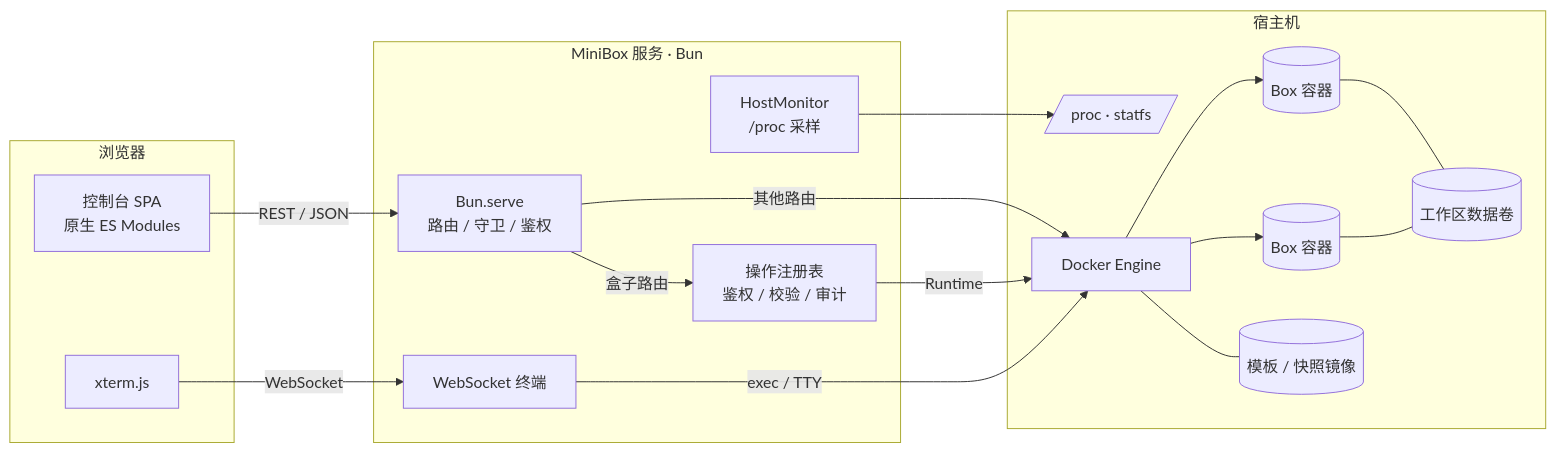
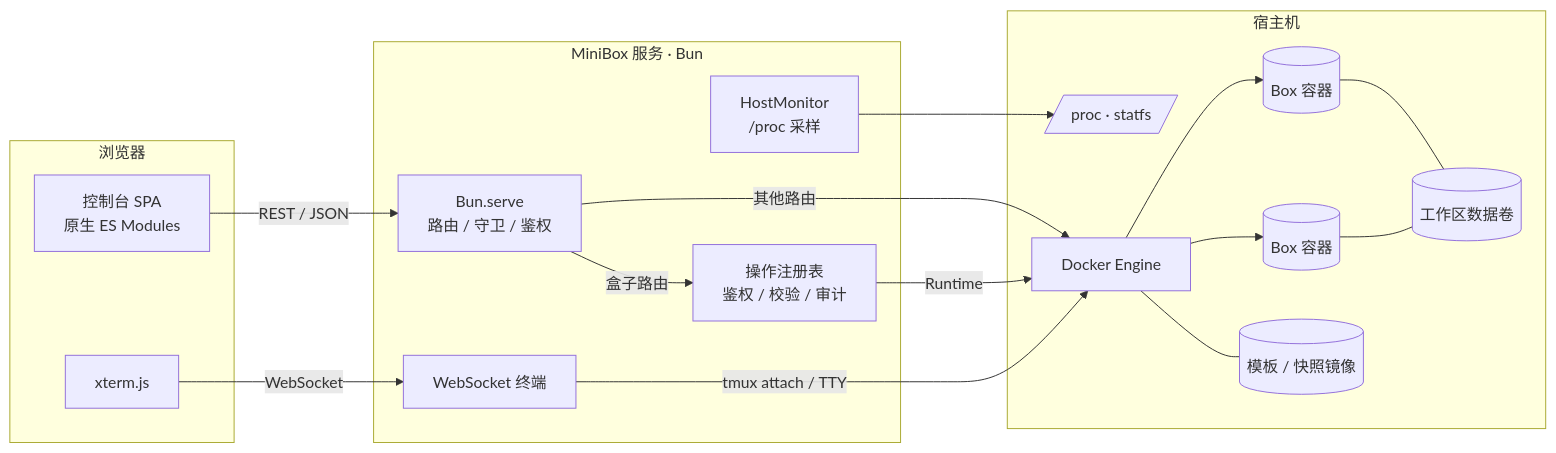
Before and after one commit to ArnoChenFx/minibox: the first of 2 diagrams in README-zh.md, drawn with Mermaid. The commit also changed other lines of this file and 55 other files, not shown here.

````diff
--- a/README-zh.md
+++ b/README-zh.md
@@ -61,31 +61,31 @@
 ```mermaid
 flowchart LR
   subgraph Browser[浏览器]
     UI[控制台 SPA<br/>原生 ES Modules]
     XT[xterm.js]
   end
   subgraph Server[MiniBox 服务 · Bun]
     HTTP[Bun.serve<br/>路由 / 守卫 / 鉴权]
     OPS[操作注册表<br/>鉴权 / 校验 / 审计]
     WS[WebSocket 终端]
     MON[HostMonitor<br/>/proc 采样]
   end
   subgraph Host[宿主机]
     PROC[/proc · statfs/]
     D[Docker Engine]
     B1[(Box 容器)]
     B2[(Box 容器)]
     V[(工作区数据卷)]
     I[(模板 / 快照镜像)]
   end
   UI -- REST / JSON --> HTTP
   XT -- WebSocket --> WS
   HTTP -- 盒子路由 --> OPS
   HTTP -- 其他路由 --> D
   OPS -- Runtime --> D
-  WS -- exec / TTY --> D
+  WS -- tmux attach / TTY --> D
   MON --> PROC
   D --> B1 & B2
   B1 & B2 --- V
   D --- I
 ```
````
